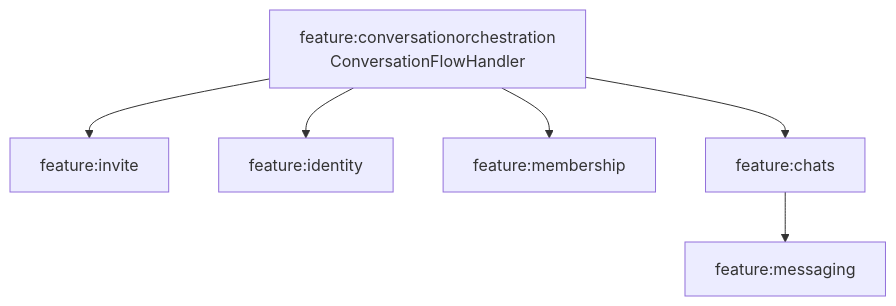
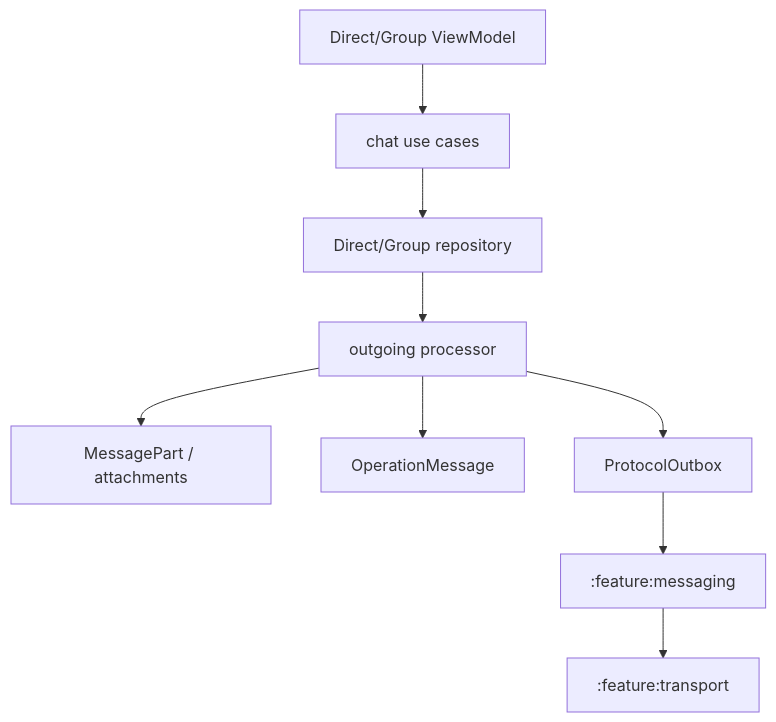
The diagram in docs/architecture/chats.md (cbgm/Sparrow), drawn with Mermaid before and after one commit. The commit also changed other lines of this file and 92 other files, not shown here.

````diff
--- a/docs/architecture/chats.md
+++ b/docs/architecture/chats.md
@@ -7,15 +5,11 @@
 ```mermaid
-flowchart TB
-    ORCH[feature:conversationorchestration\nConversationFlowHandler]
-    INV[feature:invite]
-    ID[feature:identity]
-    MEM[feature:membership]
-    CHAT[feature:chats]
-    MSG[feature:messaging]
-
-    ORCH --> INV
-    ORCH --> ID
-    ORCH --> MEM
-    ORCH --> CHAT
-    CHAT --> MSG
+flowchart TD
+    UI[Direct/Group ViewModel] --> UC[chat use cases]
+    UC --> REPO[Direct/Group repository]
+    REPO --> PROC[outgoing processor]
+    PROC --> PARTS[MessagePart / attachments]
+    PROC --> OP[OperationMessage]
+    PROC --> OUTBOX[ProtocolOutbox]
+    OUTBOX --> MSG[:feature:messaging]
+    MSG --> TX[:feature:transport]
 ```
````
